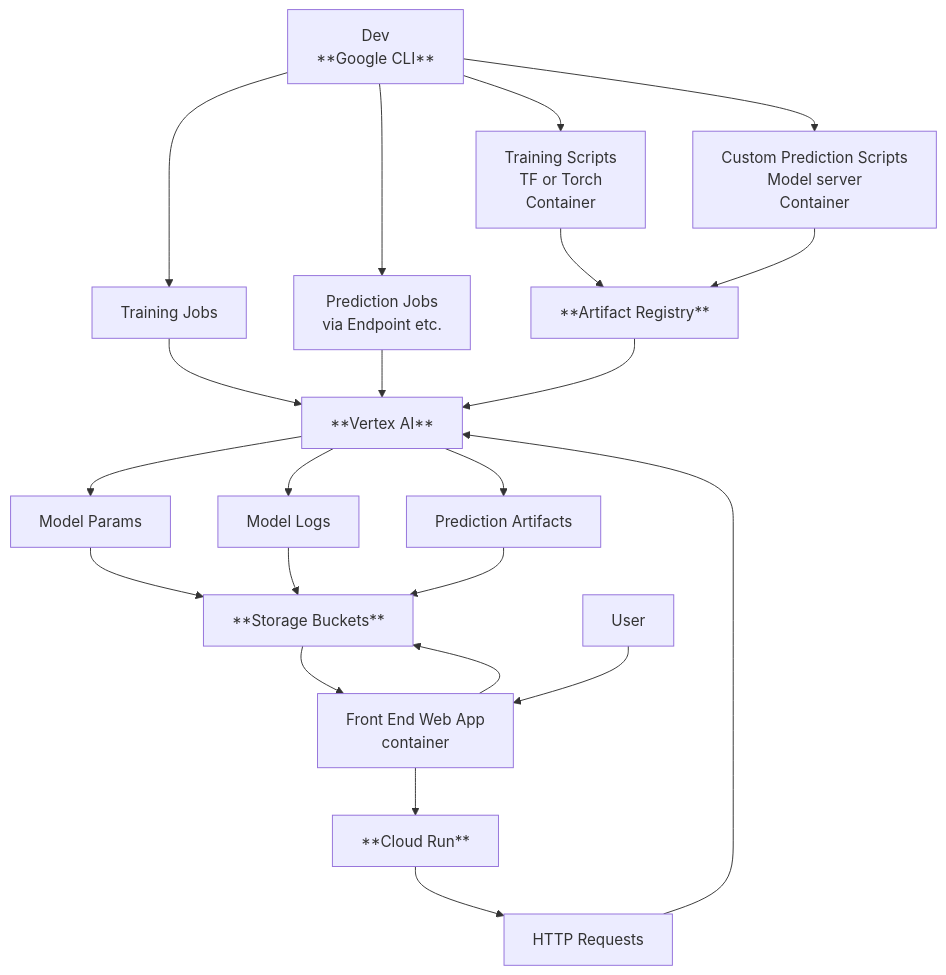
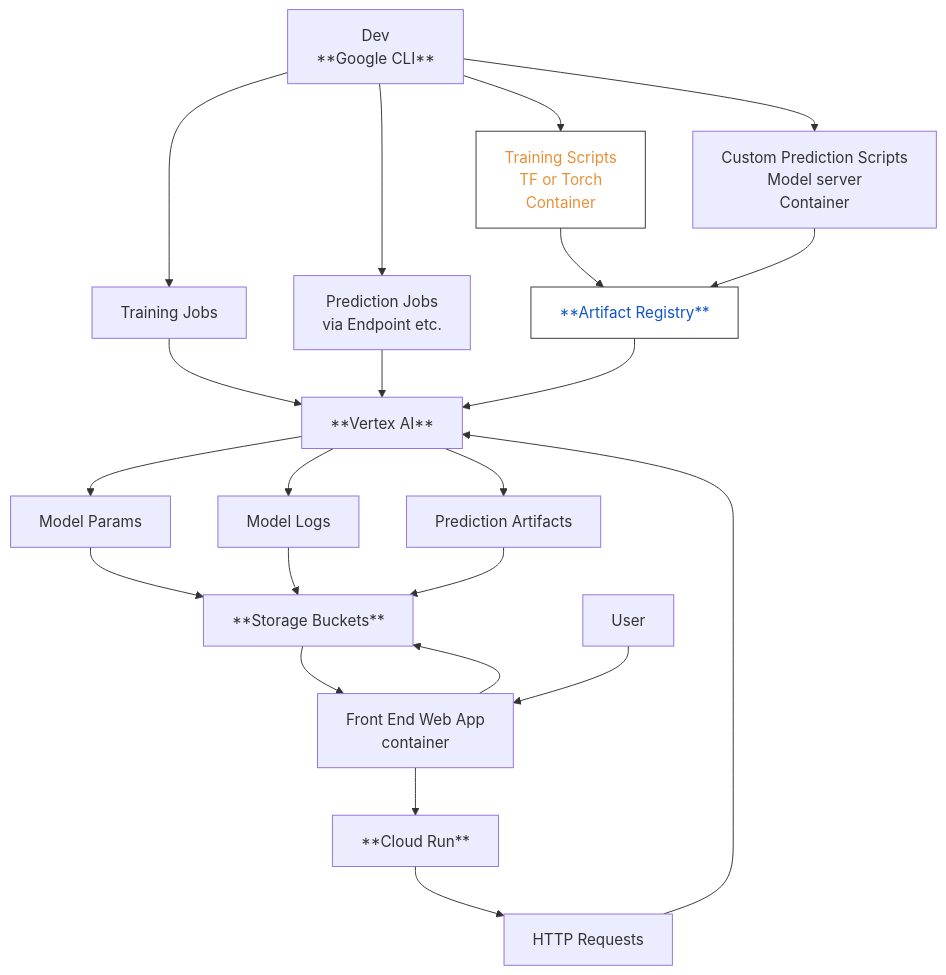
The diagram in ReadMe.md (nuEGil/NotesOnTextTasks), drawn with Mermaid before and after one commit.

````diff
--- a/ReadMe.md
+++ b/ReadMe.md
@@ -41,32 +41,40 @@
 ```mermaid
 graph TD;
 
     %% Training + Containers
     A[Training Scripts<br/>TF or Torch<br/>Container] --> C[**Artifact Registry**]
 
     %% Prediction scripts to Artifact Registry
     D[Custom Prediction Scripts<br/>Model server<br/>Container] --> C
 
     %% Vertex AI jobs
     C --> E[**Vertex AI**]
     F[Training Jobs] --> E
     G[Prediction Jobs<br/>via Endpoint etc.] --> E
 
     %% Model outputs
     E --> H[Model Params] & I[Model Logs] & J[Prediction Artifacts]
     H & I & J --> K[**Storage Buckets**]
 
     %% Frontend + Cloud Run
     L[Front End Web App<br/>container] --> N[**Cloud Run**]
     N --> O[HTTP Requests]
     O --> E
     K --> L
     P[User] --> L
 
     %% Dev tools
     Q[Dev<br/>**Google CLI**] --> F & G & A & D
     L --> K
 
-    
+    %% Define classes
+    classDef yellowText color:#e69138,fill:#fff,stroke:#333,stroke-width:1px;
+    classDef greenText color:#38761d,fill:#fff,stroke:#333,stroke-width:1px;
+    classDef blueText color:#1155cc,fill:#fff,stroke:#333,stroke-width:1px;
+
+    %% Apply classes
+    class A yellowText;
+    class B greenText;
+    class C blueText;
 
 ```
````
